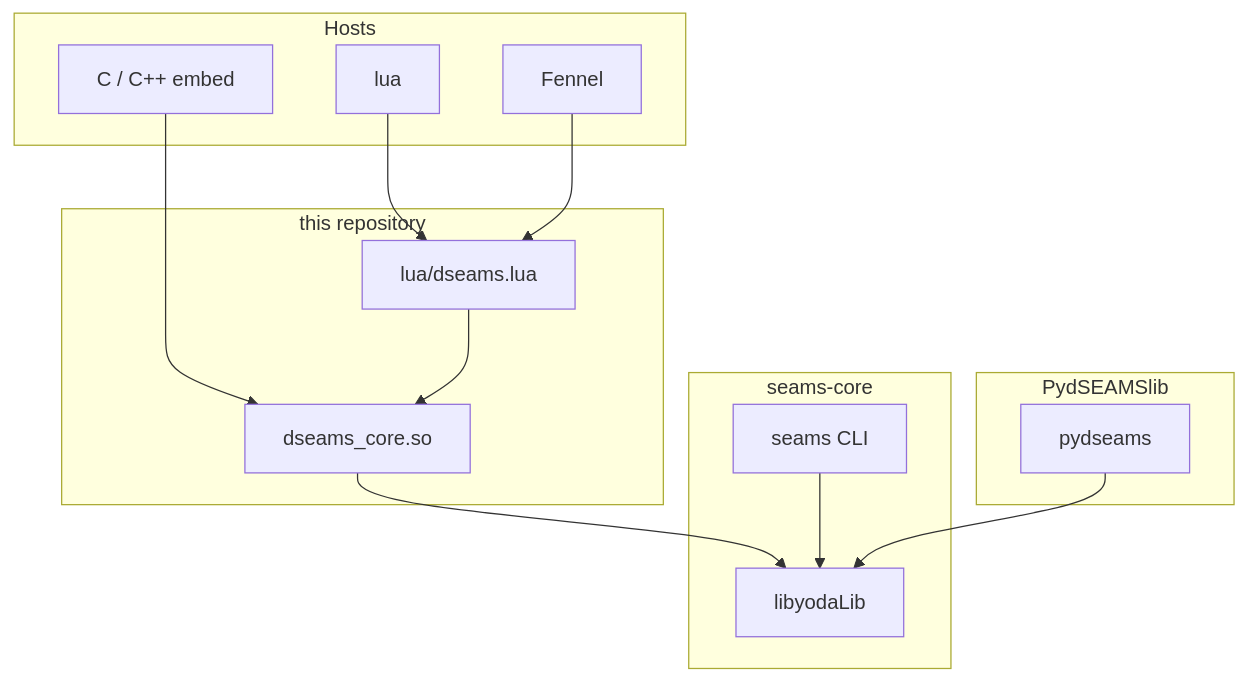
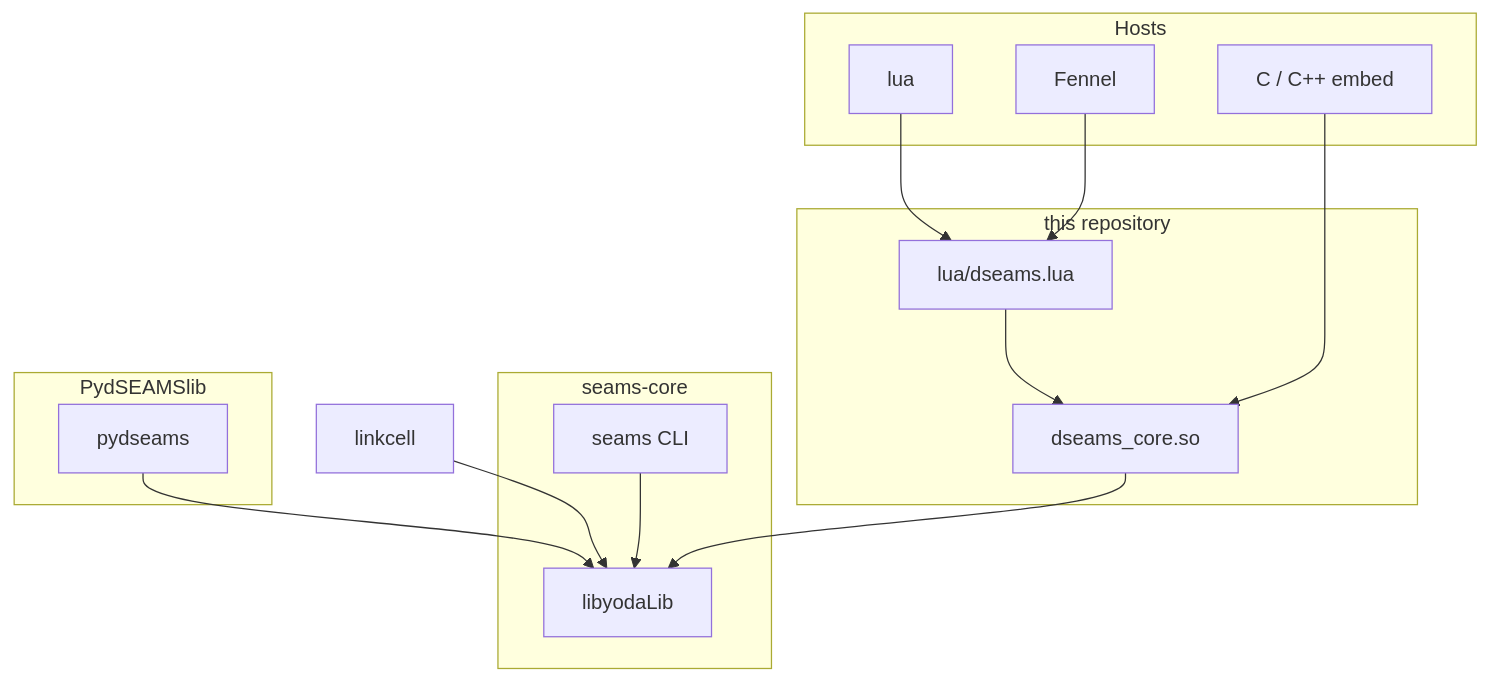
The diagram in docs/source/index.rst (HaoZeke/yodaStruct), drawn with Mermaid before and after one commit. The commit also changed other lines of this file and 12 other files, not shown here.

```diff
--- a/docs/source/index.rst
+++ b/docs/source/index.rst
@@ -62,26 +74,28 @@
 .. mermaid::
 
    flowchart TB
      subgraph hosts["Hosts"]
        LUA[lua]
        FNL[Fennel]
        EMB["C / C++ embed"]
      end
      subgraph lib["this repository"]
        HELPERS["lua/dseams.lua"]
        CORE["dseams_core.so"]
      end
      subgraph engine["seams-core"]
        YDS[libyodaLib]
        SEAMS[seams CLI]
      end
      subgraph py["PydSEAMSlib"]
        PY[pydseams]
      end
      LUA --> HELPERS
      FNL --> HELPERS
      EMB --> CORE
      HELPERS --> CORE
+     LC[linkcell]
+     LC --> YDS
      CORE --> YDS
      SEAMS --> YDS
      PY --> YDS
```
